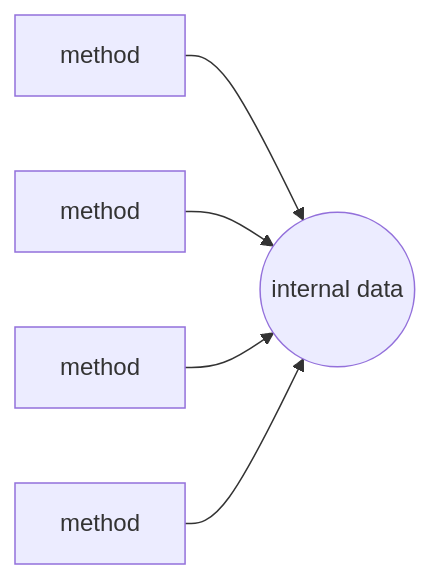
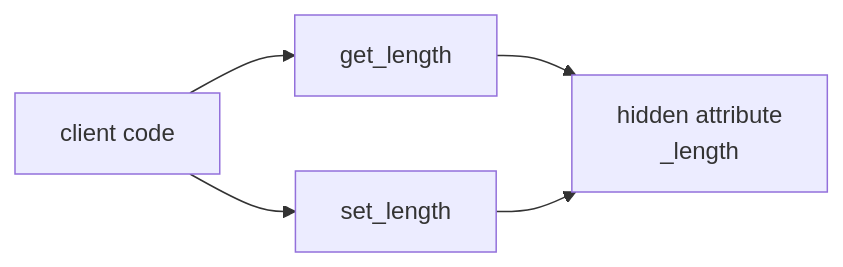
The diagram in src/slides/11-python-classes/11-python-classes.md (FeikoWielsma/courseWare-Python-Programming), drawn with Mermaid before and after one commit. The commit also changed other lines of this file and 11 other files, not shown here.

First line of the commit message:
PRG400: add diagrams across the deck

````diff
--- a/src/slides/11-python-classes/11-python-classes.md
+++ b/src/slides/11-python-classes/11-python-classes.md
@@ -373,7 +378,7 @@
 ```mermaid
-graph LR
-    F1[method] --> D((internal data))
-    F2[method] --> D
-    F3[method] --> D
-    F4[method] --> D
+flowchart LR
+  A[client code] --> B[get_length]
+  A --> C[set_length]
+  B --> D[hidden attribute<br/>_length]
+  C --> D
 ```
````
